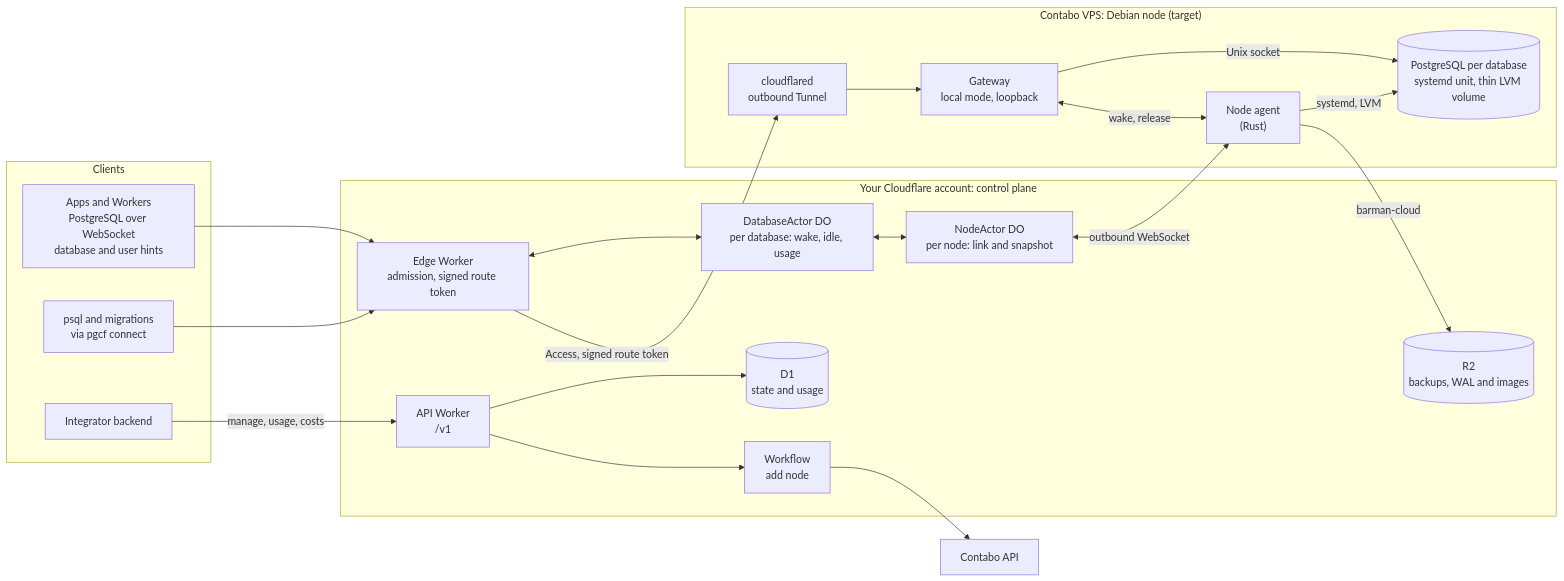
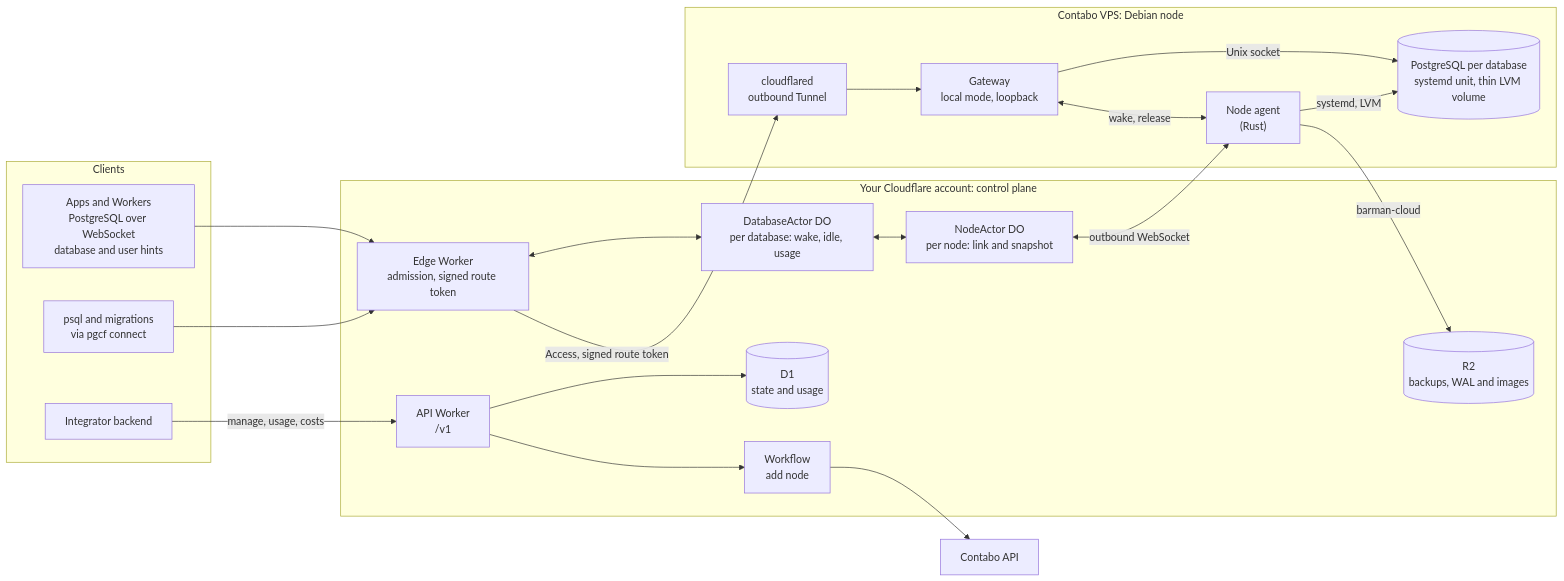
Before and after one commit to amerged-org/cloudflare-postgres: the diagram in README.md, drawn with Mermaid. The commit also changed other lines of this file and 12 other files, not shown here.

````diff
--- a/README.md
+++ b/README.md
@@ -54,43 +61,43 @@
 ```mermaid
 flowchart LR
   subgraph Clients
     App["Apps and Workers<br/>PostgreSQL over WebSocket<br/>database and user hints"]
     Tools["psql and migrations<br/>via pgcf connect"]
     Integrator["Integrator backend"]
   end
 
   subgraph CF["Your Cloudflare account: control plane"]
     Edge["Edge Worker<br/>admission, signed route token"]
     API["API Worker<br/>/v1"]
     DBA["DatabaseActor DO<br/>per database: wake, idle, usage"]
     NA["NodeActor DO<br/>per node: link and snapshot"]
     WF["Workflow<br/>add node"]
     D1[("D1<br/>state and usage")]
     R2[("R2<br/>backups, WAL and images")]
   end
 
-  subgraph Node["Contabo VPS: Debian node (target)"]
+  subgraph Node["Contabo VPS: Debian node"]
     CFD["cloudflared<br/>outbound Tunnel"]
     GW["Gateway<br/>local mode, loopback"]
     Agent["Node agent<br/>(Rust)"]
     PG[("PostgreSQL per database<br/>systemd unit, thin LVM volume")]
   end
 
   Contabo["Contabo API"]
 
   App --> Edge
   Tools --> Edge
   Integrator -->|"manage, usage, costs"| API
   Edge <--> DBA
   Edge -->|"Access, signed route token"| CFD
   CFD --> GW
   GW -->|"Unix socket"| PG
   GW <-->|"wake, release"| Agent
   API --> D1
   API --> WF
   DBA <--> NA
   NA <-->|"outbound WebSocket"| Agent
   Agent -->|"systemd, LVM"| PG
   Agent -->|"barman-cloud"| R2
   WF --> Contabo
 ```
````
